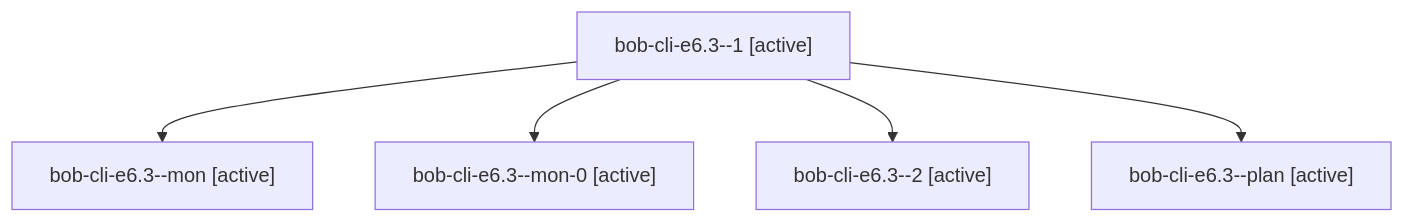
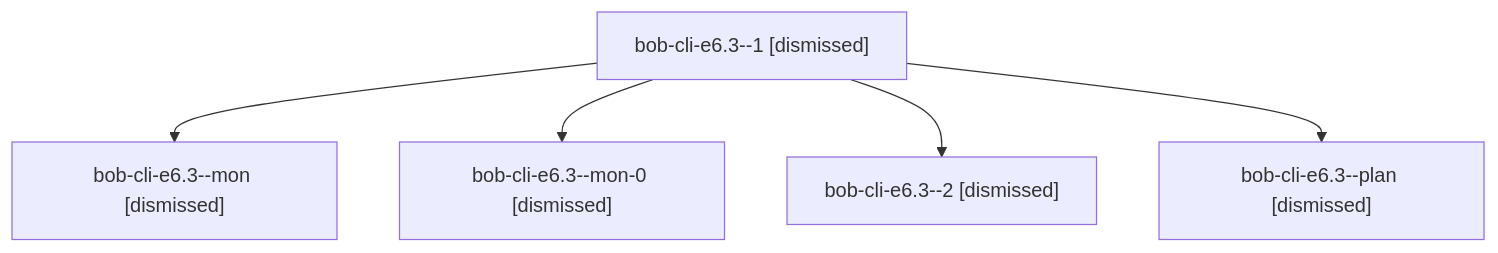
The diagram in sessions/bbugyi200.apollo.bob-cli-e6.3.md (bobs-org/bob-cli--agents), drawn with Mermaid before and after one commit. The commit also changed other lines of this file and 212 other files, not shown here.

````diff
--- a/sessions/bbugyi200.apollo.bob-cli-e6.3.md
+++ b/sessions/bbugyi200.apollo.bob-cli-e6.3.md
@@ -9,12 +9,12 @@
 ```mermaid
 flowchart TD
-  n0["bob-cli-e6.3--1 [active]"]
-  n1["bob-cli-e6.3--mon [active]"]
+  n0["bob-cli-e6.3--1 [dismissed]"]
+  n1["bob-cli-e6.3--mon [dismissed]"]
   n0 --> n1
-  n2["bob-cli-e6.3--mon-0 [active]"]
+  n2["bob-cli-e6.3--mon-0 [dismissed]"]
   n0 --> n2
-  n3["bob-cli-e6.3--2 [active]"]
+  n3["bob-cli-e6.3--2 [dismissed]"]
   n0 --> n3
-  n4["bob-cli-e6.3--plan [active]"]
+  n4["bob-cli-e6.3--plan [dismissed]"]
   n0 --> n4
 ```
````
